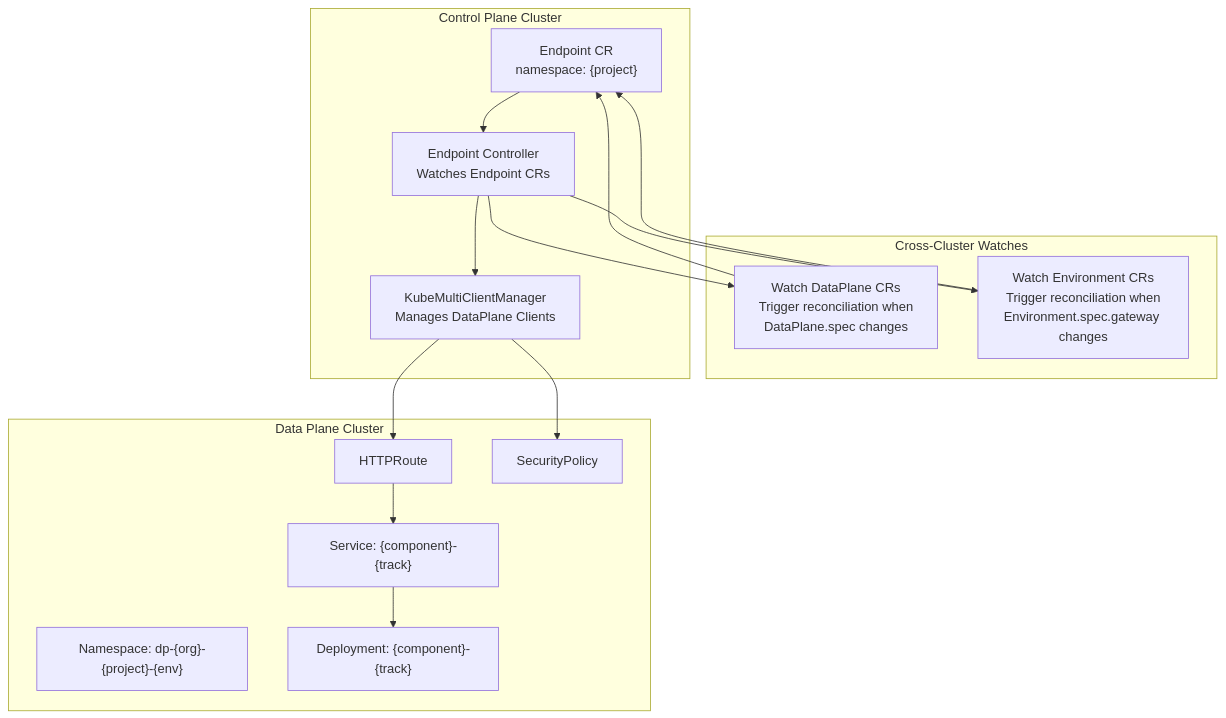
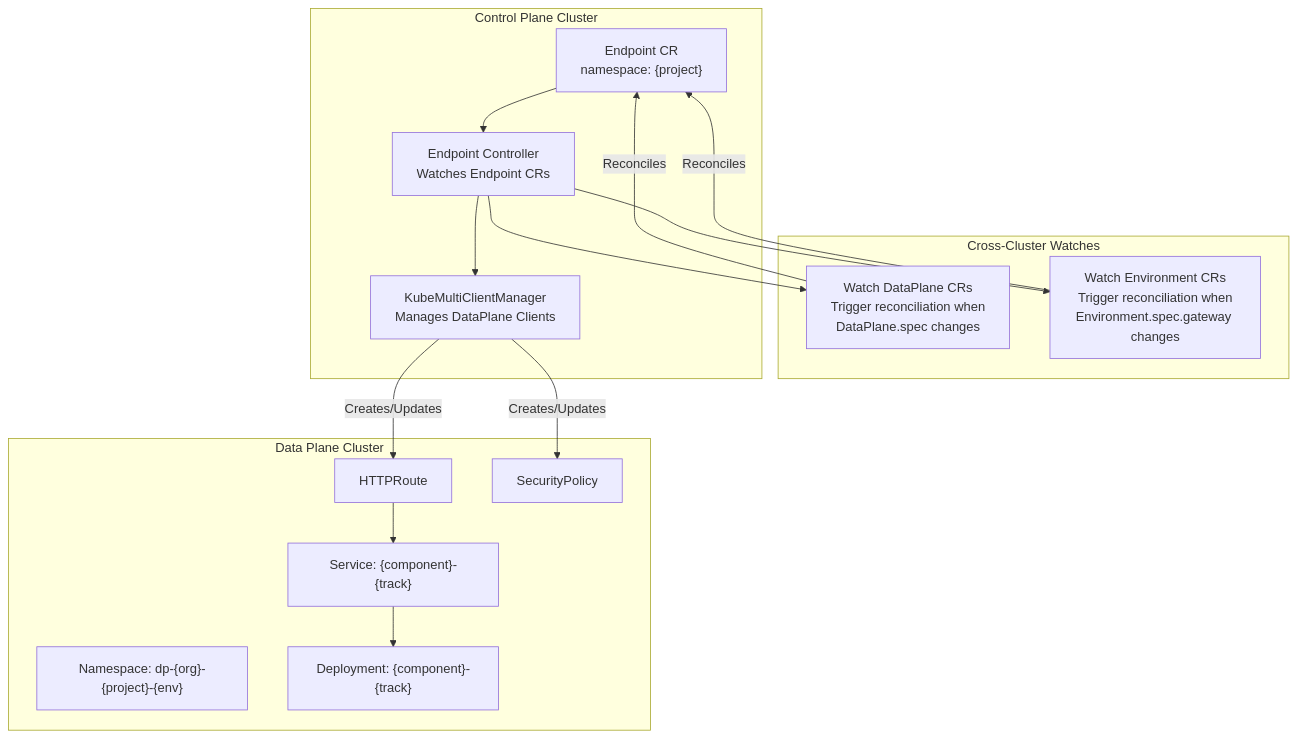
The tenth of 10 diagrams in docs/deepwiki/Cell-Runtime-Model.md (openchoreo/openchoreo), drawn with Mermaid before and after one commit. The commit also changed other lines of this file and 85 other files, not shown here.

Commit message:
feat: Add new workflow and specification templates, update Helm chart dependencies, and clarify documentation diagrams.

````diff
--- a/docs/deepwiki/Cell-Runtime-Model.md
+++ b/docs/deepwiki/Cell-Runtime-Model.md
@@ -592,44 +592,44 @@
 ```mermaid
 flowchart TD
 
 EndpointCR["Endpoint CR<br>namespace: {project}"]
 EndpointController["Endpoint Controller<br>Watches Endpoint CRs"]
 MultiClientMgr["KubeMultiClientManager<br>Manages DataPlane Clients"]
 DataPlaneWatch["Watch DataPlane CRs<br>Trigger reconciliation when<br>DataPlane.spec changes"]
 EnvWatch["Watch Environment CRs<br>Trigger reconciliation when<br>Environment.spec.gateway changes"]
 Namespace["Namespace: dp-{org}-{project}-{env}"]
 HTTPRoute["HTTPRoute"]
 SecurityPolicy["SecurityPolicy"]
 Service["Service: {component}-{track}"]
 Deployment["Deployment: {component}-{track}"]
 
-MultiClientMgr --> HTTPRoute
-MultiClientMgr --> SecurityPolicy
+MultiClientMgr -->|"Creates/Updates"| HTTPRoute
+MultiClientMgr -->|"Creates/Updates"| SecurityPolicy
 EndpointController --> DataPlaneWatch
 EndpointController --> EnvWatch
-DataPlaneWatch --> EndpointCR
-EnvWatch --> EndpointCR
+DataPlaneWatch -->|"Reconciles"| EndpointCR
+EnvWatch -->|"Reconciles"| EndpointCR
 
 subgraph DataPlaneCluster ["Data Plane Cluster"]
     Namespace
     HTTPRoute
     SecurityPolicy
     Service
     Deployment
     HTTPRoute --> Service
     Service --> Deployment
 end
 
 subgraph ControlPlaneWatch ["Cross-Cluster Watches"]
     DataPlaneWatch
     EnvWatch
 end
 
 subgraph ControlPlane ["Control Plane Cluster"]
     EndpointCR
     EndpointController
     MultiClientMgr
     EndpointCR --> EndpointController
     EndpointController --> MultiClientMgr
 end
 ```
````
